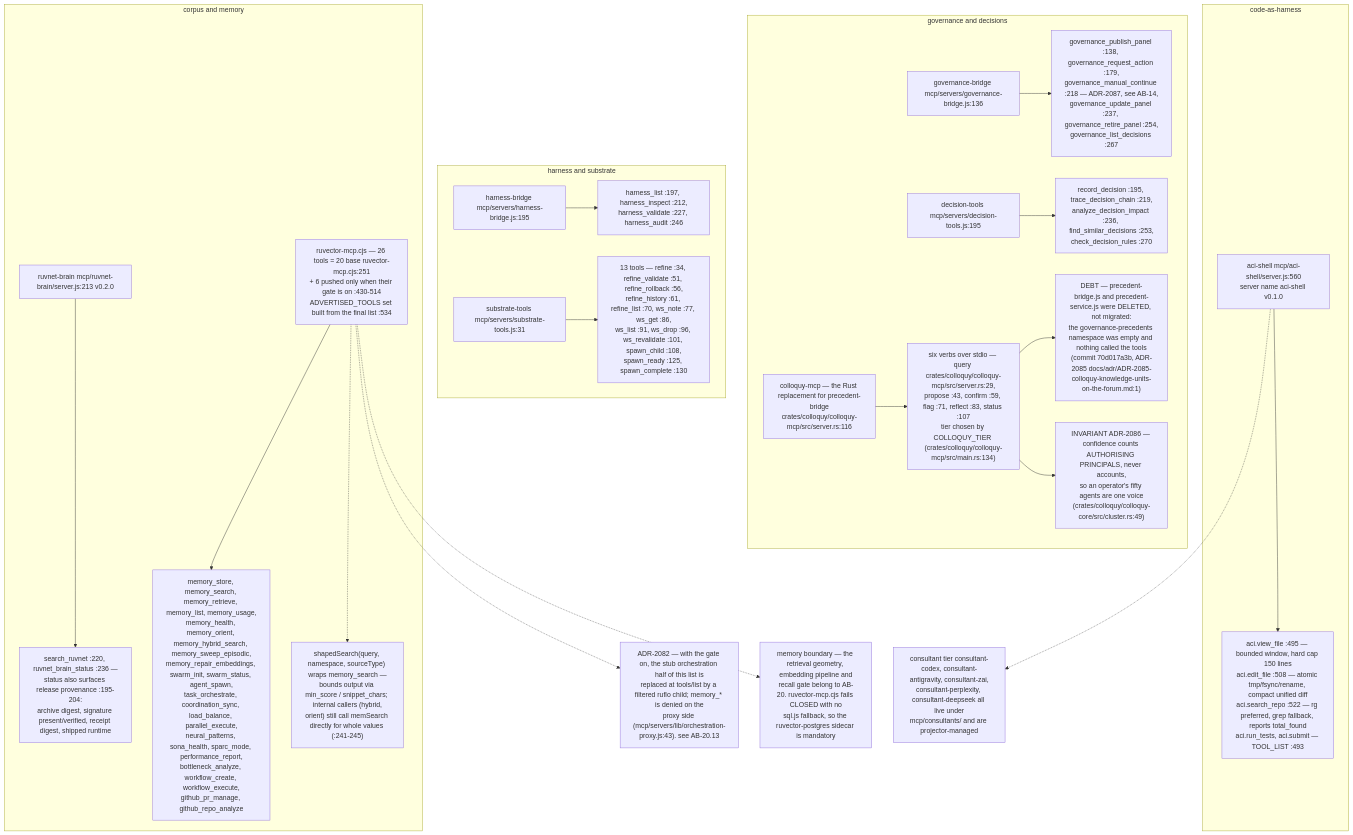
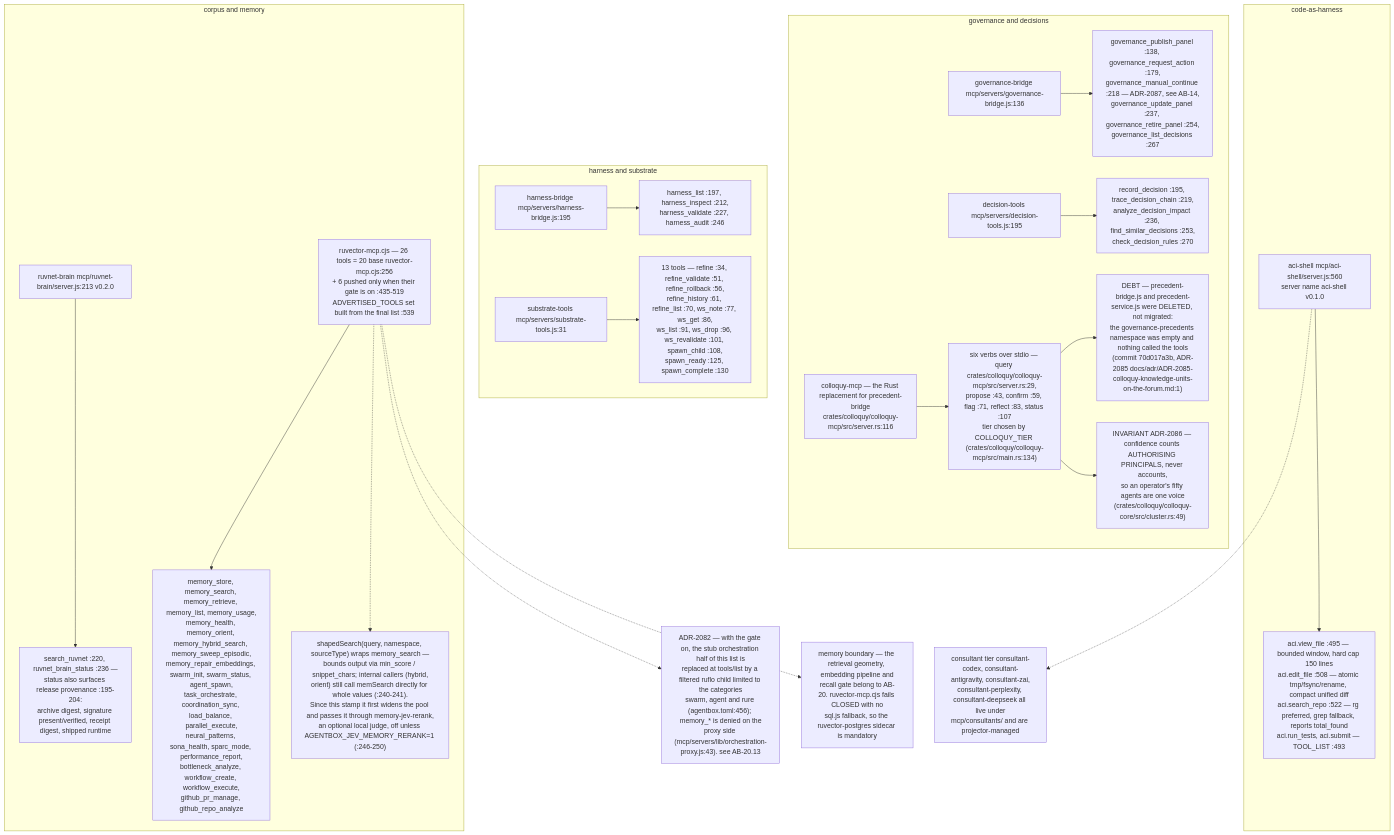
The fifth of 7 diagrams in docs/diagrams/agentbox/09-mcp-servers-catalogue.md (DreamLab-AI/VisionFlow), drawn with Mermaid before and after one commit. The commit also changed other lines of this file and 160 other files, not shown here.

````diff
--- a/docs/diagrams/agentbox/09-mcp-servers-catalogue.md
+++ b/docs/diagrams/agentbox/09-mcp-servers-catalogue.md
@@ -162,26 +162,26 @@
 ```mermaid
 flowchart TB
     subgraph CODE["code-as-harness"]
         A["aci-shell mcp/aci-shell/server.js:560<br/>server name aci-shell v0.1.0"]
         A --> AT["aci.view_file :495 — bounded window, hard cap 150 lines<br/>aci.edit_file :508 — atomic tmp/fsync/rename, compact unified diff<br/>aci.search_repo :522 — rg preferred, grep fallback, reports total_found<br/>aci.run_tests, aci.submit — TOOL_LIST :493"]
     end
     subgraph GOV["governance and decisions"]
         D["governance-bridge mcp/servers/governance-bridge.js:136"] --> DT["governance_publish_panel :138, governance_request_action :179,<br/>governance_manual_continue :218 — ADR-2087, see AB-14,<br/>governance_update_panel :237, governance_retire_panel :254,<br/>governance_list_decisions :267"]
         E["decision-tools mcp/servers/decision-tools.js:195"] --> ET["record_decision :195, trace_decision_chain :219,<br/>analyze_decision_impact :236, find_similar_decisions :253,<br/>check_decision_rules :270"]
         F["colloquy-mcp — the Rust replacement for precedent-bridge<br/>crates/colloquy/colloquy-mcp/src/server.rs:116"] --> FT["six verbs over stdio — query crates/colloquy/colloquy-mcp/src/server.rs:29,<br/>propose :43, confirm :59, flag :71, reflect :83, status :107<br/>tier chosen by COLLOQUY_TIER (crates/colloquy/colloquy-mcp/src/main.rs:134)"]
         FT --> FR["DEBT — precedent-bridge.js and precedent-service.js were DELETED, not migrated:<br/>the governance-precedents namespace was empty and nothing called the tools<br/>(commit 70d017a3b, ADR-2085 docs/adr/ADR-2085-colloquy-knowledge-units-on-the-forum.md:1)"]
         FT --> FI["INVARIANT ADR-2086 — confidence counts AUTHORISING PRINCIPALS, never accounts,<br/>so an operator's fifty agents are one voice<br/>(crates/colloquy/colloquy-core/src/cluster.rs:49)"]
     end
     subgraph HARN["harness and substrate"]
         G["harness-bridge mcp/servers/harness-bridge.js:195"] --> GT["harness_list :197, harness_inspect :212,<br/>harness_validate :227, harness_audit :246"]
         H["substrate-tools mcp/servers/substrate-tools.js:31"] --> HT["13 tools — refine :34, refine_validate :51, refine_rollback :56,<br/>refine_history :61, refine_list :70, ws_note :77, ws_get :86,<br/>ws_list :91, ws_drop :96, ws_revalidate :101, spawn_child :108,<br/>spawn_ready :125, spawn_complete :130"]
     end
     subgraph KB["corpus and memory"]
         I["ruvnet-brain mcp/ruvnet-brain/server.js:213 v0.2.0"] --> IT["search_ruvnet :220, ruvnet_brain_status :236 —<br/>status also surfaces release provenance :195-204:<br/>archive digest, signature present/verified, receipt digest, shipped runtime"]
-        J["ruvector-mcp.cjs — 26 tools = 20 base ruvector-mcp.cjs:251<br/>+ 6 pushed only when their gate is on :430-514<br/>ADVERTISED_TOOLS set built from the final list :534"] --> JT["memory_store, memory_search, memory_retrieve, memory_list, memory_usage,<br/>memory_health, memory_orient, memory_hybrid_search, memory_sweep_episodic,<br/>memory_repair_embeddings, swarm_init, swarm_status, agent_spawn,<br/>task_orchestrate, coordination_sync, load_balance, parallel_execute,<br/>neural_patterns, sona_health, sparc_mode, performance_report,<br/>bottleneck_analyze, workflow_create, workflow_execute,<br/>github_pr_manage, github_repo_analyze"]
-        J -.-> JS["shapedSearch(query, namespace, sourceType) wraps memory_search —<br/>bounds output via min_score / snippet_chars; internal callers (hybrid,<br/>orient) still call memSearch directly for whole values (:241-245)"]
+        J["ruvector-mcp.cjs — 26 tools = 20 base ruvector-mcp.cjs:256<br/>+ 6 pushed only when their gate is on :435-519<br/>ADVERTISED_TOOLS set built from the final list :539"] --> JT["memory_store, memory_search, memory_retrieve, memory_list, memory_usage,<br/>memory_health, memory_orient, memory_hybrid_search, memory_sweep_episodic,<br/>memory_repair_embeddings, swarm_init, swarm_status, agent_spawn,<br/>task_orchestrate, coordination_sync, load_balance, parallel_execute,<br/>neural_patterns, sona_health, sparc_mode, performance_report,<br/>bottleneck_analyze, workflow_create, workflow_execute,<br/>github_pr_manage, github_repo_analyze"]
+        J -.-> JS["shapedSearch(query, namespace, sourceType) wraps memory_search —<br/>bounds output via min_score / snippet_chars; internal callers (hybrid,<br/>orient) still call memSearch directly for whole values (:240-241).<br/>Since this stamp it first widens the pool and passes it through memory-jev-rerank,<br/>an optional local judge, off unless AGENTBOX_JEV_MEMORY_RERANK=1 (:246-250)"]
     end
-    J -.-> RVO["ADR-2082 — with the gate on, the stub orchestration half of this list is<br/>replaced at tools/list by a filtered ruflo child; memory_* is denied on the<br/>proxy side (mcp/servers/lib/orchestration-proxy.js:43). see AB-20.13"]
+    J -.-> RVO["ADR-2082 — with the gate on, the stub orchestration half of this list is<br/>replaced at tools/list by a filtered ruflo child limited to the categories<br/>swarm, agent and rure (agentbox.toml:456); memory_* is denied on the<br/>proxy side (mcp/servers/lib/orchestration-proxy.js:43). see AB-20.13"]
     J -.-> RVB["memory boundary — the retrieval geometry, embedding pipeline and<br/>recall gate belong to AB-20. ruvector-mcp.cjs fails CLOSED with no<br/>sql.js fallback, so the ruvector-postgres sidecar is mandatory"]
     A -.-> AB["consultant tier consultant-codex, consultant-antigravity, consultant-zai,<br/>consultant-perplexity, consultant-deepseek all live under<br/>mcp/consultants/ and are projector-managed"]
 ```
````
